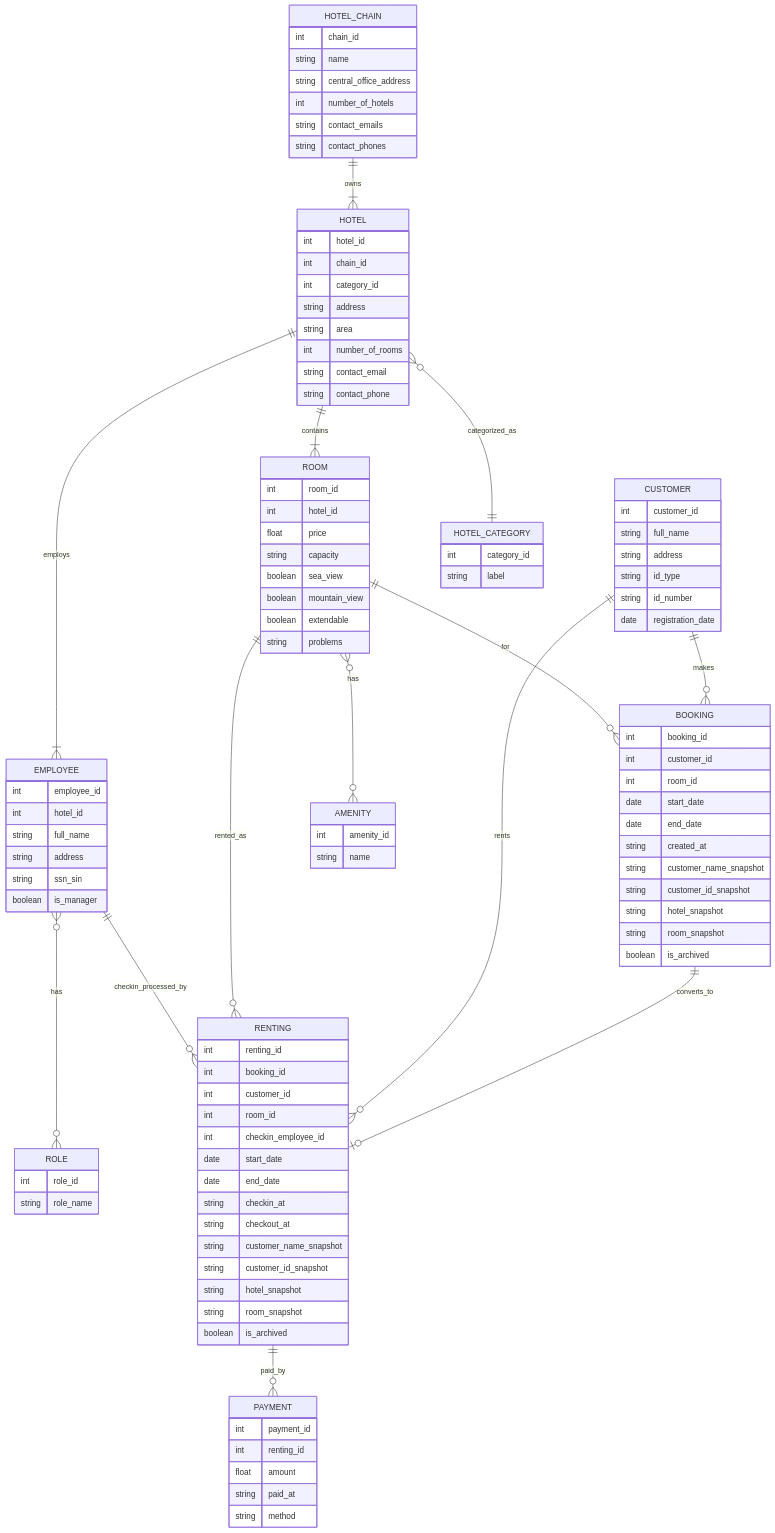
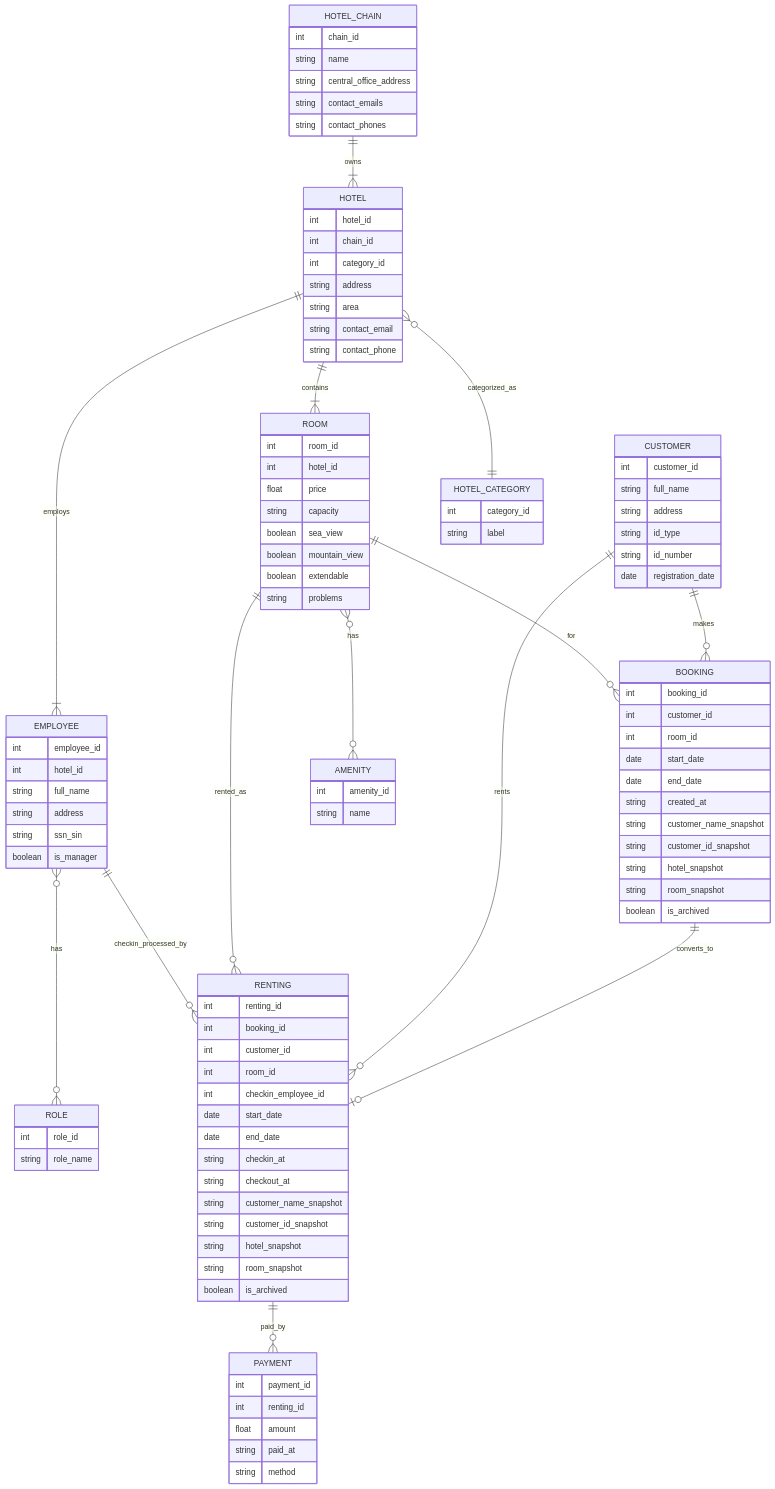
The diagram in erDiagram.mmd (Bradleyh212/e-hotels-), drawn with Mermaid before and after one commit.

Commit message:
Update erDiagram.mmd - removed # of hotels & # of rooms

```diff
--- a/erDiagram.mmd
+++ b/erDiagram.mmd
@@ -1,122 +1,120 @@
 erDiagram
   HOTEL_CHAIN ||--|{ HOTEL : owns
   HOTEL ||--|{ ROOM : contains
 
   HOTEL ||--|{ EMPLOYEE : employs
   EMPLOYEE }o--o{ ROLE : has
 
   CUSTOMER ||--o{ BOOKING : makes
   ROOM ||--o{ BOOKING : for
 
   BOOKING ||--o| RENTING : converts_to
   CUSTOMER ||--o{ RENTING : rents
   ROOM ||--o{ RENTING : rented_as
   EMPLOYEE ||--o{ RENTING : checkin_processed_by
 
   RENTING ||--o{ PAYMENT : paid_by
 
   ROOM }o--o{ AMENITY : has
   HOTEL }o--|| HOTEL_CATEGORY : categorized_as
 
   HOTEL_CHAIN {
     int chain_id
     string name
     string central_office_address
-    int number_of_hotels
     string contact_emails
     string contact_phones
   }
 
   HOTEL_CATEGORY {
     int category_id
     string label
   }
 
   HOTEL {
     int hotel_id
     int chain_id
     int category_id
     string address
     string area
-    int number_of_rooms
     string contact_email
     string contact_phone
   }
 
   ROOM {
     int room_id
     int hotel_id
     float price
     string capacity
     boolean sea_view
     boolean mountain_view
     boolean extendable
     string problems
   }
 
   AMENITY {
     int amenity_id
     string name
   }
 
   CUSTOMER {
     int customer_id
     string full_name
     string address
     string id_type
     string id_number
     date registration_date
   }
 
   EMPLOYEE {
     int employee_id
     int hotel_id
     string full_name
     string address
     string ssn_sin
     boolean is_manager
   }
 
   ROLE {
     int role_id
     string role_name
   }
 
   BOOKING {
     int booking_id
     int customer_id
     int room_id
     date start_date
     date end_date
     string created_at
     string customer_name_snapshot
     string customer_id_snapshot
     string hotel_snapshot
     string room_snapshot
     boolean is_archived
   }
 
   RENTING {
     int renting_id
     int booking_id
     int customer_id
     int room_id
     int checkin_employee_id
     date start_date
     date end_date
     string checkin_at
     string checkout_at
     string customer_name_snapshot
     string customer_id_snapshot
     string hotel_snapshot
     string room_snapshot
     boolean is_archived
   }
 
   PAYMENT {
     int payment_id
     int renting_id
     float amount
     string paid_at
     string method
   }
```
